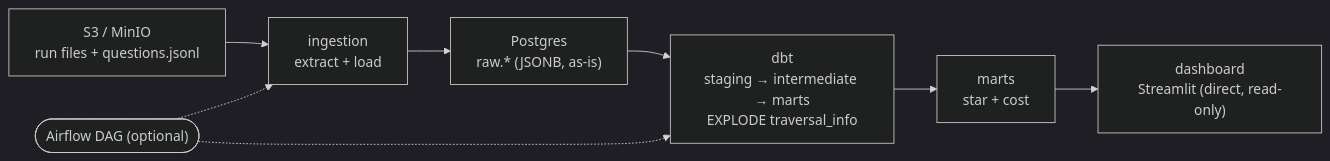
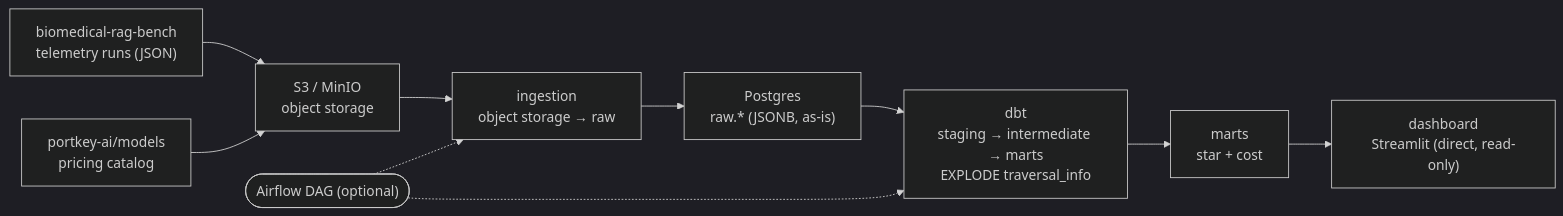
One commit to joseph-higaki/rag-bench-analytics changed the first of 4 diagrams in README.md. Above: the diagram before and after it, drawn with Mermaid (dark theme). The commit also changed other lines of this file and 8 other files, not shown here.

````diff
--- a/README.md
+++ b/README.md
@@ -32,15 +27,19 @@
 ```mermaid
 flowchart LR
-    S["S3 / MinIO<br/>run files + questions.jsonl"]
-    I["ingestion<br/>extract + load"]
+    BENCH["biomedical-rag-bench<br/>telemetry runs (JSON)"]
+    PRICE["portkey-ai/models<br/>pricing catalog"]
+    S["S3 / MinIO<br/>object storage"]
+    I["ingestion<br/>object storage → raw"]
     R["Postgres<br/>raw.* (JSONB, as-is)"]
     D["dbt<br/>staging → intermediate → marts<br/>EXPLODE traversal_info"]
     M["marts<br/>star + cost"]
     DASH["dashboard<br/>Streamlit (direct, read-only)"]
 
+    BENCH --> S
+    PRICE --> S
     S --> I --> R --> D --> M --> DASH
 
     AF(["Airflow DAG (optional)"])
     AF -.-> I
     AF -.-> D
 ```
````
